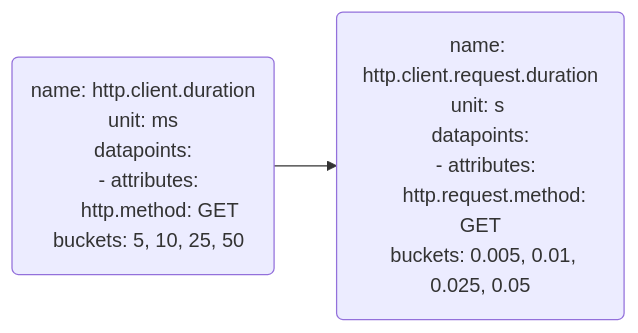
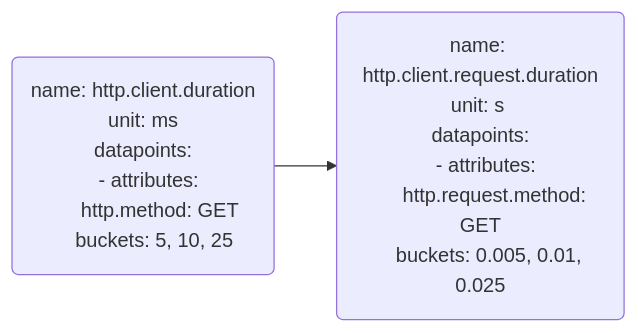
Before and after one commit to evan-bradley/ottl-cookbook: the diagram in code/http-metrics-0-overview.mmd, drawn with Mermaid. The commit also changed 10 other files, not shown here.

```diff
--- a/code/http-metrics-0-overview.mmd
+++ b/code/http-metrics-0-overview.mmd
@@ -1,16 +1,16 @@
 flowchart LR
     log0(name: http.client.duration
 unit: ms 
 datapoints:
 &nbsp;&nbsp;- attributes:
 &nbsp;&nbsp;&nbsp;&nbsp;&nbsp;&nbsp;http.method: GET
-&nbsp;&nbsp;buckets: 5, 10, 25, 50
+&nbsp;&nbsp;&nbsp;&nbsp;buckets: 5, 10, 25
     )
     log1(name: http.client.request.duration
 unit: s 
 datapoints:
 &nbsp;&nbsp;- attributes:
 &nbsp;&nbsp;&nbsp;&nbsp;&nbsp;&nbsp;http.request.method: GET
-&nbsp;&nbsp;buckets: 0.005, 0.01, 0.025, 0.05
+&nbsp;&nbsp;&nbsp;&nbsp;buckets: 0.005, 0.01, 0.025
     )
     log0 --> log1
```
